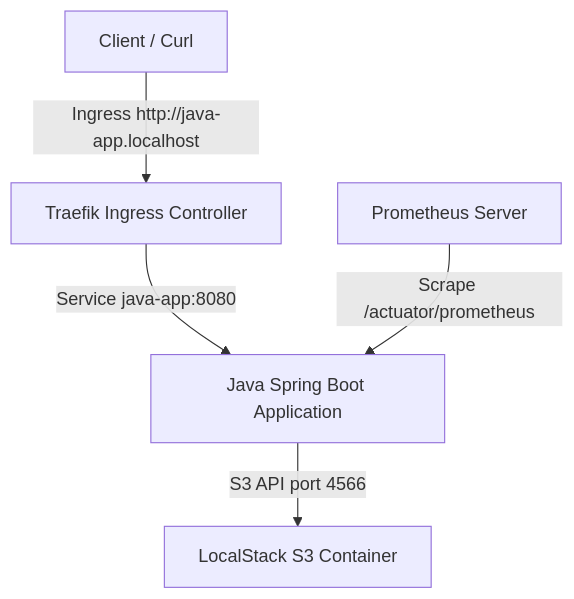
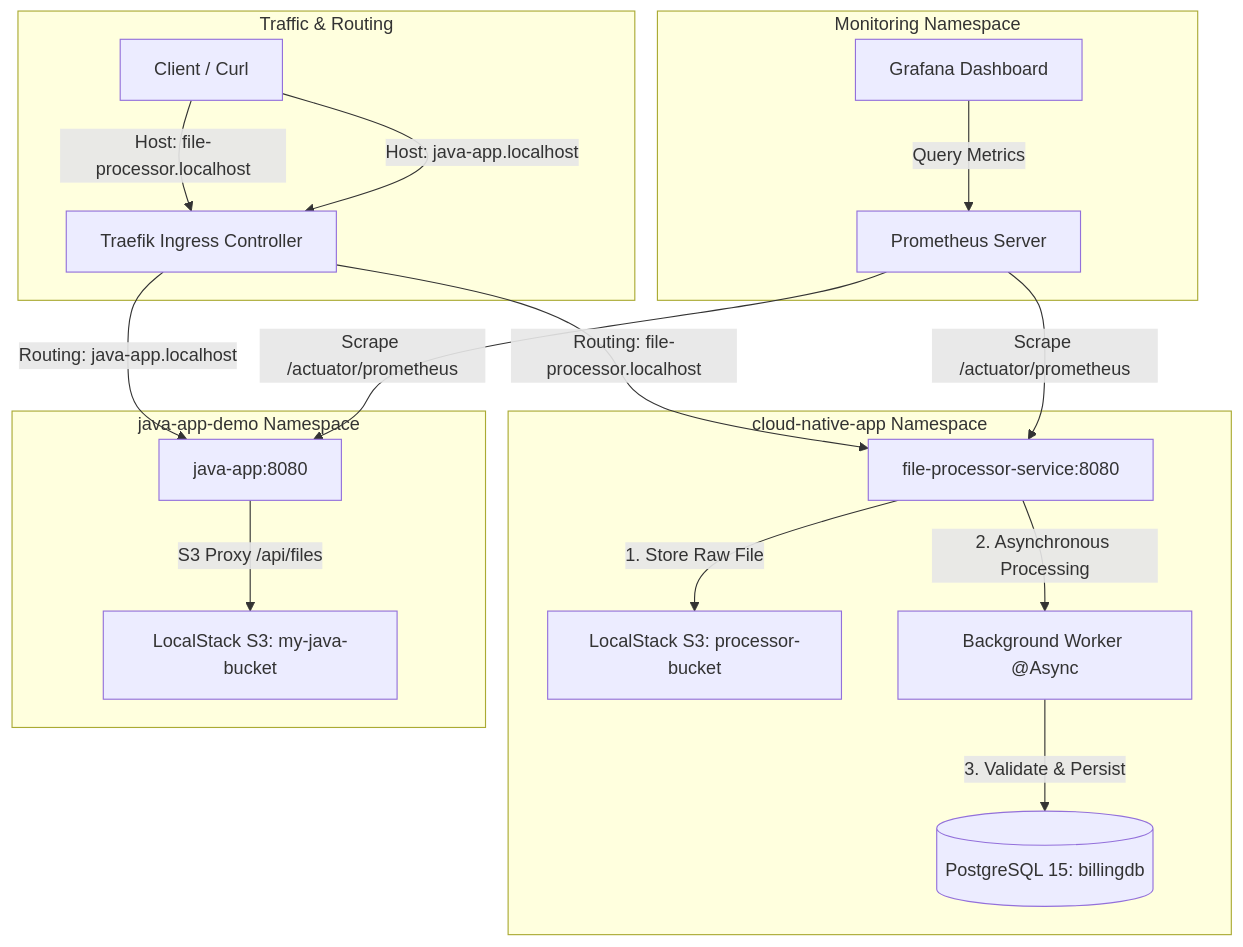
The diagram in README.md (dawidbera/billing-pipeline), drawn with Mermaid before and after one commit. The commit also changed other lines of this file and 3 other files, not shown here.

Commit message:
feat: update Dockerfile and Kubernetes manifests for file-processor-service; enforce non-root user and adjust image pull policies

````diff
--- a/README.md
+++ b/README.md
@@ -30,7 +44,25 @@
 ```mermaid
 graph TD
-    Client[Client / Curl] -->|Ingress http://java-app.localhost| Traefik[Traefik Ingress Controller]
-    Traefik -->|Service java-app:8080| JavaApp[Java Spring Boot Application]
-    JavaApp -->|S3 API port 4566| LocalStack[LocalStack S3 Container]
-    Prometheus[Prometheus Server] -->|Scrape /actuator/prometheus| JavaApp
+    subgraph Traffic & Routing
+        Client[Client / Curl] -->|Host: file-processor.localhost| Traefik[Traefik Ingress Controller]
+        Client -->|Host: java-app.localhost| Traefik
+    end
+
+    subgraph cloud-native-app Namespace
+        Traefik -->|Routing: file-processor.localhost| FPSvc[file-processor-service:8080]
+        FPSvc -->|1. Store Raw File| LS_FP[LocalStack S3: processor-bucket]
+        FPSvc -->|2. Asynchronous Processing| Worker[Background Worker @Async]
+        Worker -->|3. Validate & Persist| PG[(PostgreSQL 15: billingdb)]
+    end
+
+    subgraph java-app-demo Namespace
+        Traefik -->|Routing: java-app.localhost| JavaApp[java-app:8080]
+        JavaApp -->|S3 Proxy /api/files| LS_Java[LocalStack S3: my-java-bucket]
+    end
+
+    subgraph Monitoring Namespace
+        Prometheus[Prometheus Server] -->|Scrape /actuator/prometheus| FPSvc
+        Prometheus -->|Scrape /actuator/prometheus| JavaApp
+        Grafana[Grafana Dashboard] -->|Query Metrics| Prometheus
+    end
 ```
````
